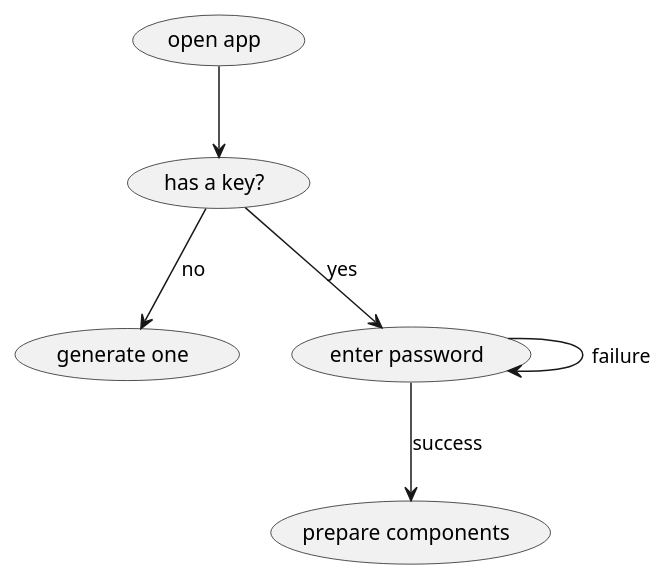
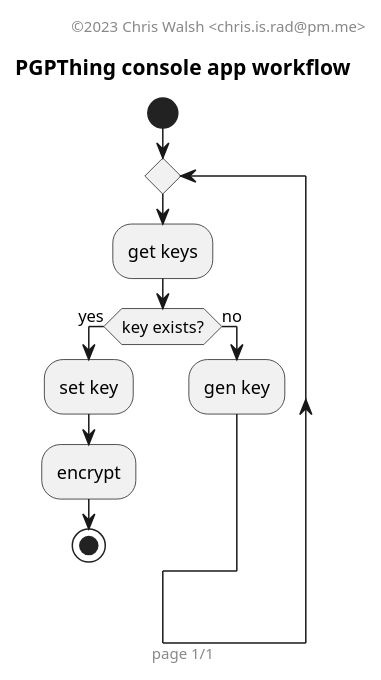
Before and after one commit to mintaka5/thingpgp: the diagram in stuff/workflow.puml, drawn with PlantUML. The commit also changed 3 other files, not shown here.

```diff
--- a/stuff/workflow.puml
+++ b/stuff/workflow.puml
@@ -1,7 +1,15 @@
 @startuml
-(open app) --> (has a key?)
-(has a key?) --> (generate one) : no
-(has a key?) --> (enter password) : yes
-(enter password) --> (prepare components) : success
-(enter password) --> (enter password) : failure
+header "©2023 Chris Walsh <chris.is.rad@pm.me>"
+title "PGPThing console app workflow"
+start
+repeat
+:get keys;
+if(key exists?) then (yes)
+    :set key;
+    :encrypt;
+    stop
+else (no)
+    :gen key;
+endif
+footer "page 1/1"
 @enduml
```
